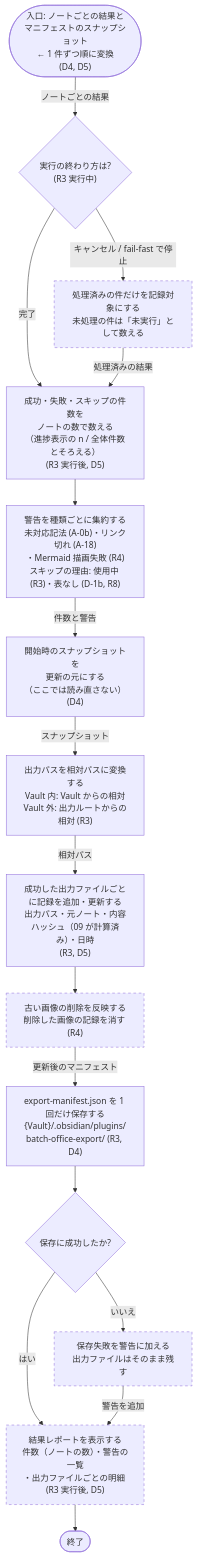
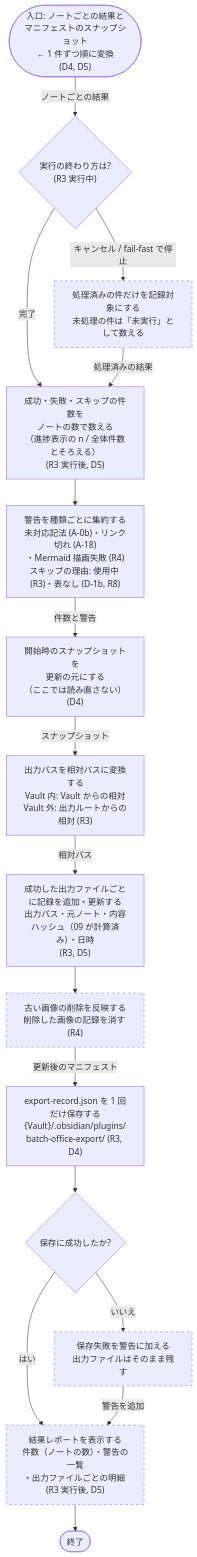
Before and after one commit to rakko1133/obsidian-md-to-office: the first of 2 diagrams in docs/design/flows/10-record-results.md, drawn with Mermaid. The commit also changed other lines of this file and 7 other files, not shown here.

First line of the commit message:
fix: 出力の記録のファイル名を export-record.json に変える (R3, G1)

````diff
--- a/docs/design/flows/10-record-results.md
+++ b/docs/design/flows/10-record-results.md
@@ -24,35 +24,35 @@
 ```mermaid
 flowchart TD
   classDef undecided stroke-dasharray: 5 5
 
   In(["入口: ノートごとの結果と<br/>マニフェストのスナップショット<br/>← 1 件ずつ順に変換<br/>(D4, D5)"])
   Stop{"実行の終わり方は?<br/>(R3 実行中)"}
   Partial["処理済みの件だけを記録対象にする<br/>未処理の件は「未実行」として数える"]:::undecided
   Count["成功・失敗・スキップの件数を<br/>ノートの数で数える<br/>（進捗表示の n / 全体件数とそろえる）<br/>(R3 実行後, D5)"]
   Warn["警告を種類ごとに集約する<br/>未対応記法 (A-0b)・リンク切れ (A-18)<br/>・Mermaid 描画失敗 (R4)<br/>スキップの理由: 使用中 (R3)・表なし (D-1b, R8)"]
   Base["開始時のスナップショットを<br/>更新の元にする<br/>（ここでは読み直さない）<br/>(D4)"]
   Rel["出力パスを相対パスに変換する<br/>Vault 内: Vault からの相対<br/>Vault 外: 出力ルートからの相対 (R3)"]
   Upsert["成功した出力ファイルごとに記録を追加・更新する<br/>出力パス・元ノート・内容ハッシュ（09 が計算済み）・日時<br/>(R3, D5)"]
   Removed["古い画像の削除を反映する<br/>削除した画像の記録を消す (R4)"]:::undecided
-  Save["export-manifest.json を 1 回だけ保存する<br/>{Vault}/.obsidian/plugins/<br/>batch-office-export/ (R3, D4)"]
+  Save["export-record.json を 1 回だけ保存する<br/>{Vault}/.obsidian/plugins/<br/>batch-office-export/ (R3, D4)"]
   SaveOk{"保存に成功したか?"}
   SaveErr["保存失敗を警告に加える<br/>出力ファイルはそのまま残す"]:::undecided
   Show["結果レポートを表示する<br/>件数（ノートの数）・警告の一覧<br/>・出力ファイルごとの明細 (R3 実行後, D5)"]:::undecided
   End(["終了"])
 
   In -->|"ノートごとの結果"| Stop
   Stop -->|"完了"| Count
   Stop -->|"キャンセル / fail-fast で停止"| Partial
   Partial -->|"処理済みの結果"| Count
   Count --> Warn
   Warn -->|"件数と警告"| Base
   Base -->|"スナップショット"| Rel
   Rel -->|"相対パス"| Upsert
   Upsert --> Removed
   Removed -->|"更新後のマニフェスト"| Save
   Save --> SaveOk
   SaveOk -->|"はい"| Show
   SaveOk -->|"いいえ"| SaveErr
   SaveErr -->|"警告を追加"| Show
   Show --> End
 ```
````
